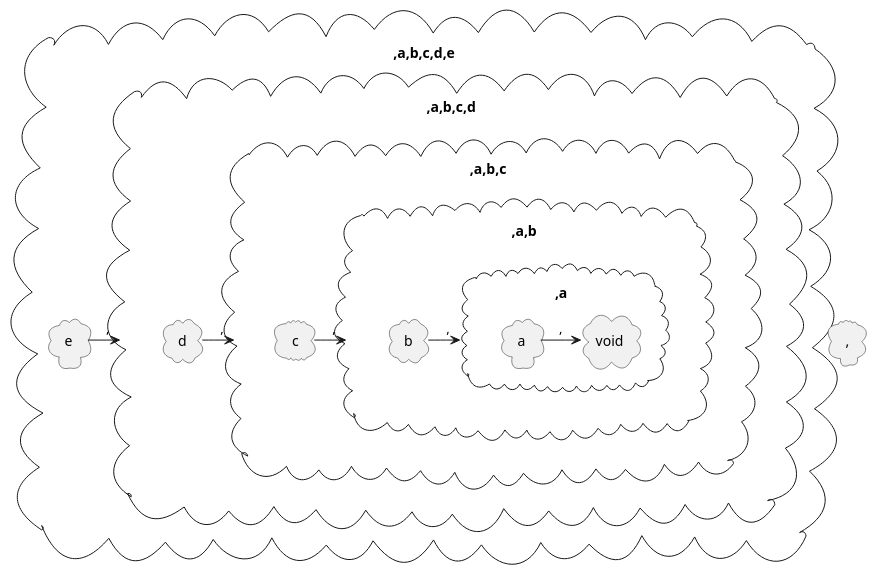
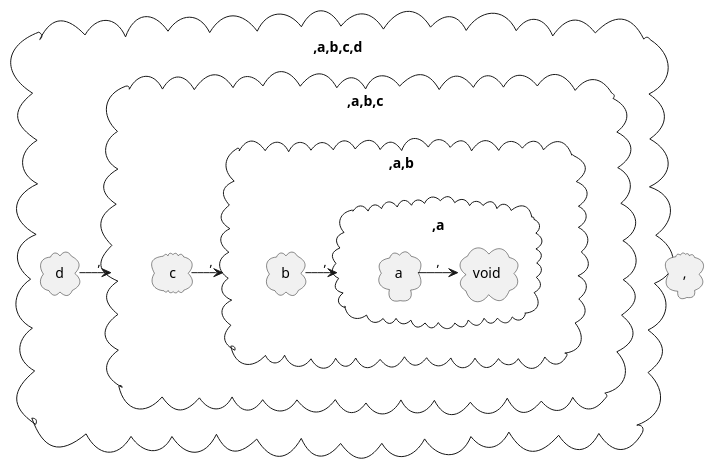
One commit to netkeep80/jsonRVM changed the diagram in doc/json_array.plantuml. Above: the diagram before and after it, drawn with PlantUML. The commit also changed 1 other file, not shown here.

```diff
--- a/doc/json_array.plantuml
+++ b/doc/json_array.plantuml
@@ -1,43 +1,36 @@
 @startuml
 
 
 cloud "," {
 }
 
-cloud ",a,b,c,d,e" {
 cloud ",a,b,c,d" {
 cloud ",a,b,c" {
 cloud ",a,b" {
 cloud ",a" {
     cloud void {
     }
     cloud "a" {
     }
     void <-l- "a" : ","
 }
 
 
     cloud "b" {
     }
     ",a" <-l- "b" : ","
 }
 
 
     cloud "c" {
     }
     ",a,b" <- "c" : ","
 }
 
 
     cloud "d" {
     }
     ",a,b,c" <- "d" : ","
 }
 
-
-    cloud "e" {
-    }
-    ",a,b,c,d" <- "e" : ","
-}
-
 @enduml
```
